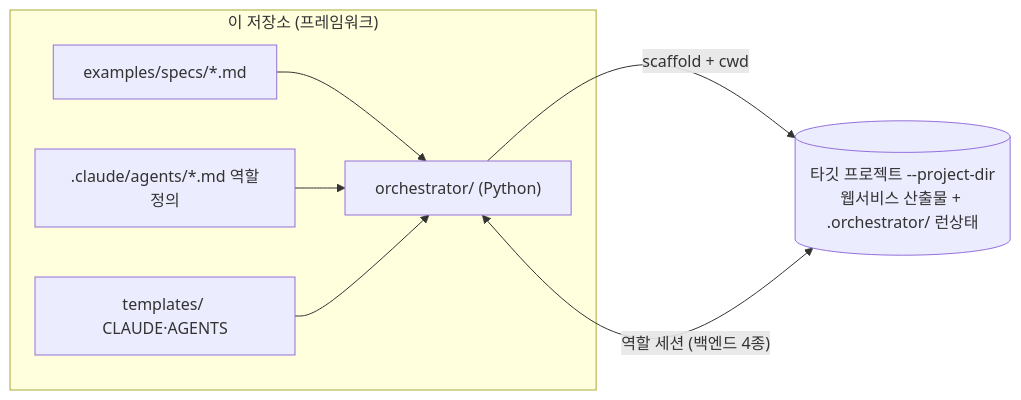
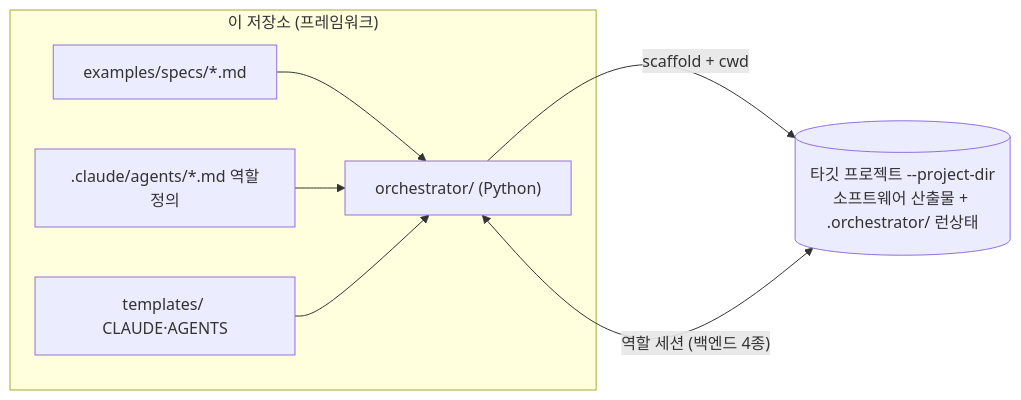
One commit to uygnoey/multi-agent changed the first of 2 diagrams in docs/PLAN.md. Above: the diagram before and after it, drawn with Mermaid. The commit also changed other lines of this file and 1 other file, not shown here.

````diff
--- a/docs/PLAN.md
+++ b/docs/PLAN.md
@@ -56,10 +56,10 @@
 ```mermaid
 flowchart LR
     subgraph FW["이 저장소 (프레임워크)"]
         AG[".claude/agents/*.md 역할정의"]; TPL["templates/ CLAUDE·AGENTS"]; ORCH["orchestrator/ (Python)"]; SPEC["examples/specs/*.md"]
     end
     SPEC --> ORCH
-    ORCH -->|"scaffold + cwd"| TGT[("타깃 프로젝트 --project-dir<br/>웹서비스 산출물 + .orchestrator/ 런상태")]
+    ORCH -->|"scaffold + cwd"| TGT[("타깃 프로젝트 --project-dir<br/>소프트웨어 산출물 + .orchestrator/ 런상태")]
     AG --> ORCH; TPL --> ORCH
     ORCH <-->|"역할 세션 (백엔드 4종)"| TGT
 ```
````
